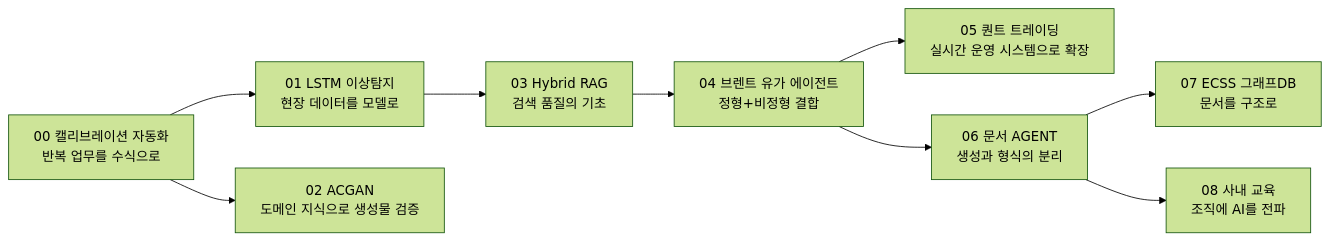
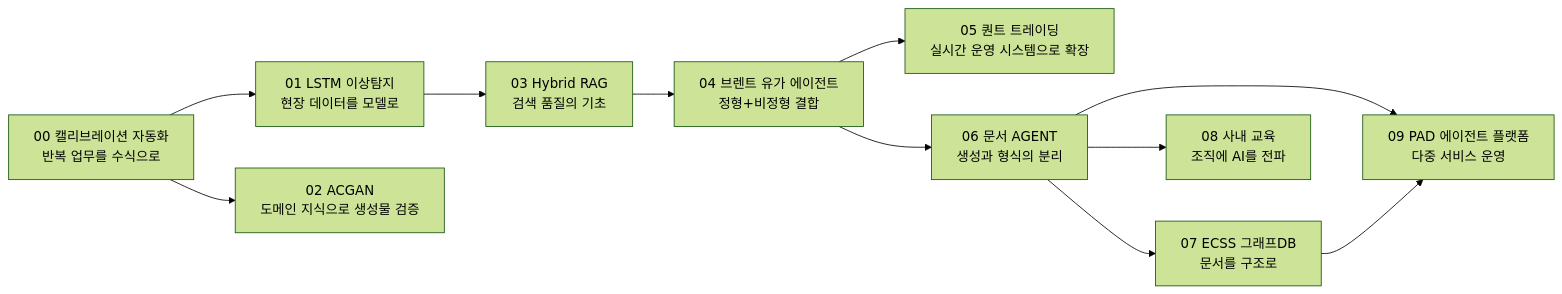
The diagram in README.md (funpinbo/leejaehwi-story), drawn with Mermaid (forest theme) before and after one commit. The commit also changed other lines of this file and 27 other files, not shown here.

First line of the commit message:
09 MID PAD 에이전트 플랫폼 경험 정리 추가 (공개용)

````diff
--- a/README.md
+++ b/README.md
@@ -38,11 +39,13 @@
 ```mermaid
 flowchart LR
     A[00 캘리브레이션 자동화<br/>반복 업무를 수식으로] --> B[01 LSTM 이상탐지<br/>현장 데이터를 모델로]
     A --> C[02 ACGAN<br/>도메인 지식으로 생성물 검증]
     B --> D[03 Hybrid RAG<br/>검색 품질의 기초]
     D --> E[04 브렌트 유가 에이전트<br/>정형+비정형 결합]
     E --> F[05 퀀트 트레이딩<br/>실시간 운영 시스템으로 확장]
     E --> G[06 문서 AGENT<br/>생성과 형식의 분리]
     G --> H[07 ECSS 그래프DB<br/>문서를 구조로]
     G --> I[08 사내 교육<br/>조직에 AI를 전파]
+    G --> J[09 PAD 에이전트 플랫폼<br/>다중 서비스 운영]
+    H --> J
 ```
````
